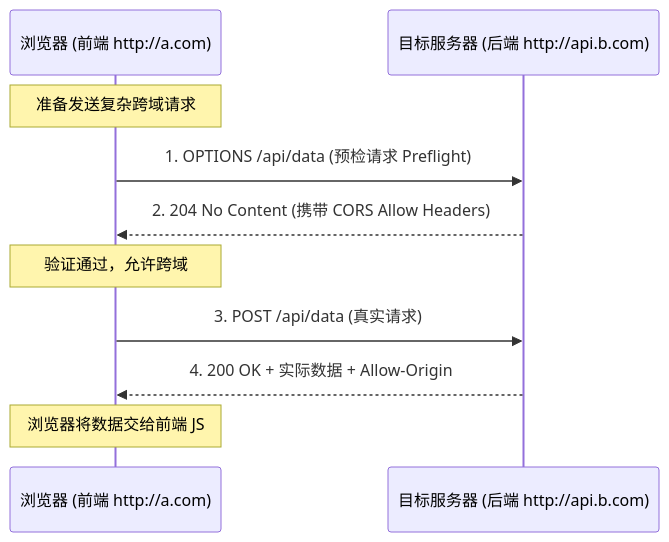
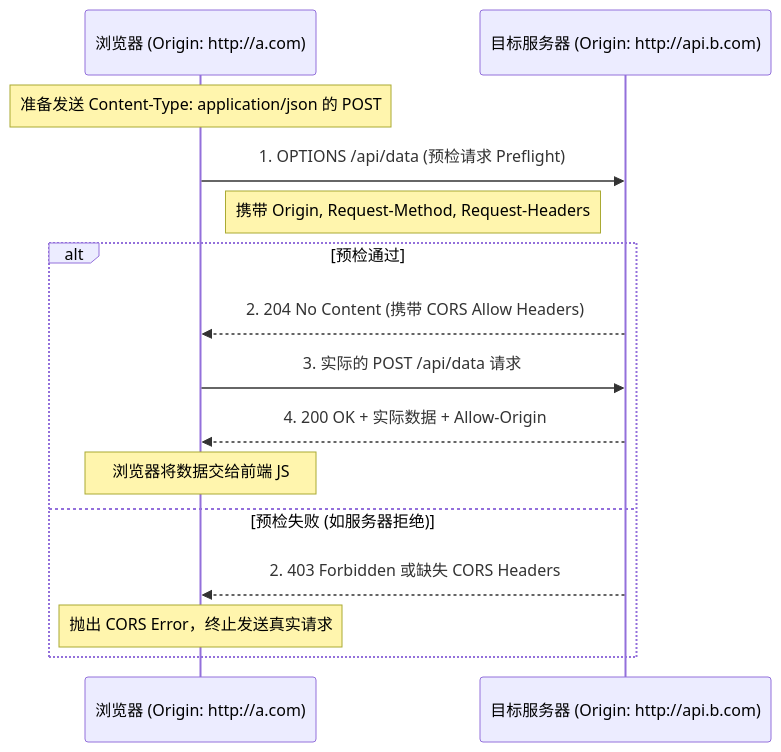
Before and after one commit to yuesuirenqianli/network: the diagram in docs/CORS.md, drawn with Mermaid. The commit also changed other lines of this file and 3 other files, not shown here.

````diff
--- a/docs/CORS.md
+++ b/docs/CORS.md
@@ -45,13 +75,19 @@
 ```mermaid
 sequenceDiagram
-    participant Browser as 浏览器 (前端 http://a.com)
-    participant Server as 目标服务器 (后端 http://api.b.com)
+    participant Browser as 浏览器 (Origin: http://a.com)
+    participant Server as 目标服务器 (Origin: http://api.b.com)
 
-    Note over Browser: 准备发送复杂跨域请求
+    Note over Browser: 准备发送 Content-Type: application/json 的 POST
     Browser->>Server: 1. OPTIONS /api/data (预检请求 Preflight)
-    Server-->>Browser: 2. 204 No Content (携带 CORS Allow Headers)
-    Note over Browser: 验证通过，允许跨域
-    Browser->>Server: 3. POST /api/data (真实请求)
-    Server-->>Browser: 4. 200 OK + 实际数据 + Allow-Origin
-    Note over Browser: 浏览器将数据交给前端 JS
+    Note right of Browser: 携带 Origin, Request-Method, Request-Headers
+
+    alt 预检通过
+        Server-->>Browser: 2. 204 No Content (携带 CORS Allow Headers)
+        Browser->>Server: 3. 实际的 POST /api/data 请求
+        Server-->>Browser: 4. 200 OK + 实际数据 + Allow-Origin
+        Note over Browser: 浏览器将数据交给前端 JS
+    else 预检失败 (如服务器拒绝)
+        Server-->>Browser: 2. 403 Forbidden 或缺失 CORS Headers
+        Note over Browser: 抛出 CORS Error，终止发送真实请求
+    end
 ```
````
